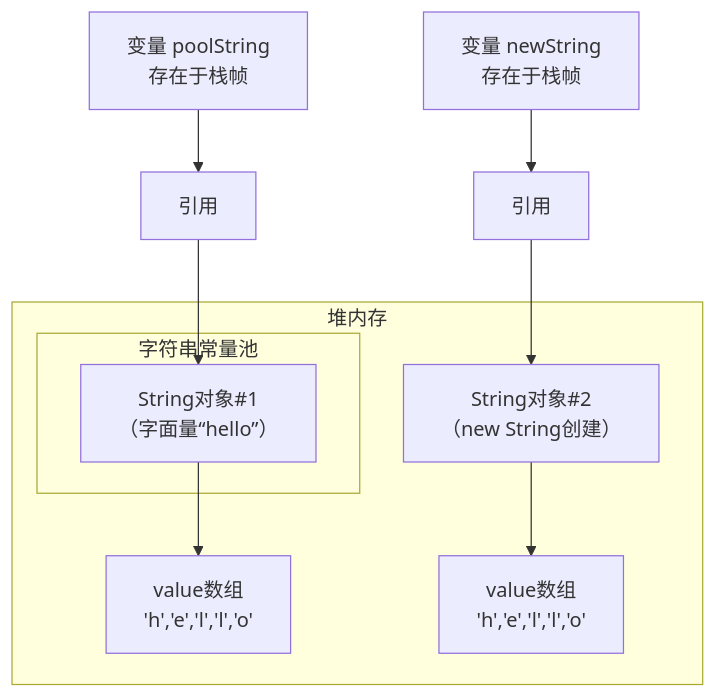
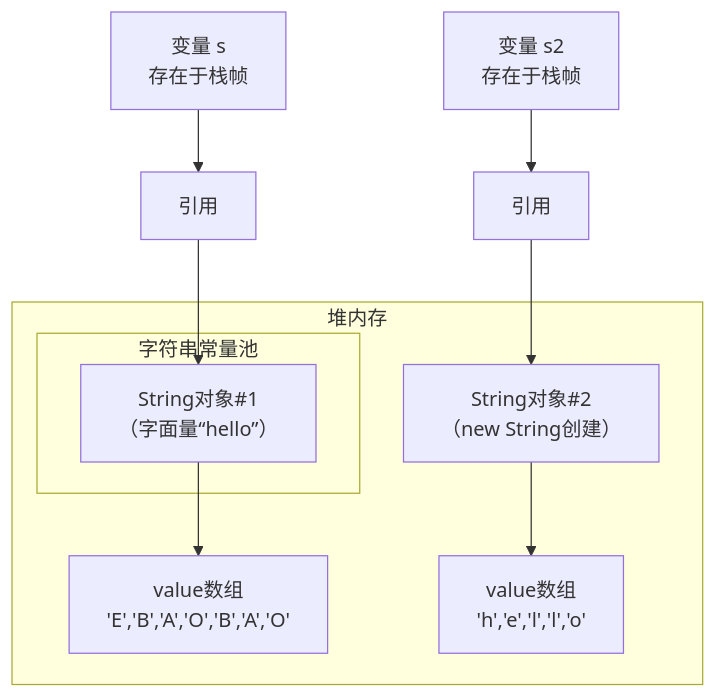
One commit to EBAOBAO/MyNotes changed the second of 5 diagrams in java/SE/java SE.md. Above: the diagram before and after it, drawn with Mermaid. The commit also changed other lines of this file and 1 other file, not shown here.

````diff
--- a/java/SE/java SE.md
+++ b/java/SE/java SE.md
@@ -4615,19 +4615,19 @@
 ```mermaid
 flowchart TD
-poolString[变量 poolString<br>存在于栈帧] --> poolRef[引用]
-newString[变量 newString<br>存在于栈帧] --> newRef[引用]
+poolString[变量 s<br>存在于栈帧] --> poolRef[引用]
+newString[变量 s2<br>存在于栈帧] --> newRef[引用]
 
 subgraph Heap[堆内存]
     subgraph ConstantPool[字符串常量池]
         PoolStringObj[String对象#1<br>（字面量“hello”）]
     end
 
     NewStringObj[String对象#2<br>（new String创建）]
 
-    PoolStringObj --> PoolValue[value数组<br>'h','e','l','l','o']
+    PoolStringObj --> PoolValue[value数组<br>'E','B','A','O','B','A','O']
     NewStringObj --> NewValue[value数组<br>'h','e','l','l','o']
 end
 
 poolRef --> PoolStringObj
 newRef --> NewStringObj
 ```
````
